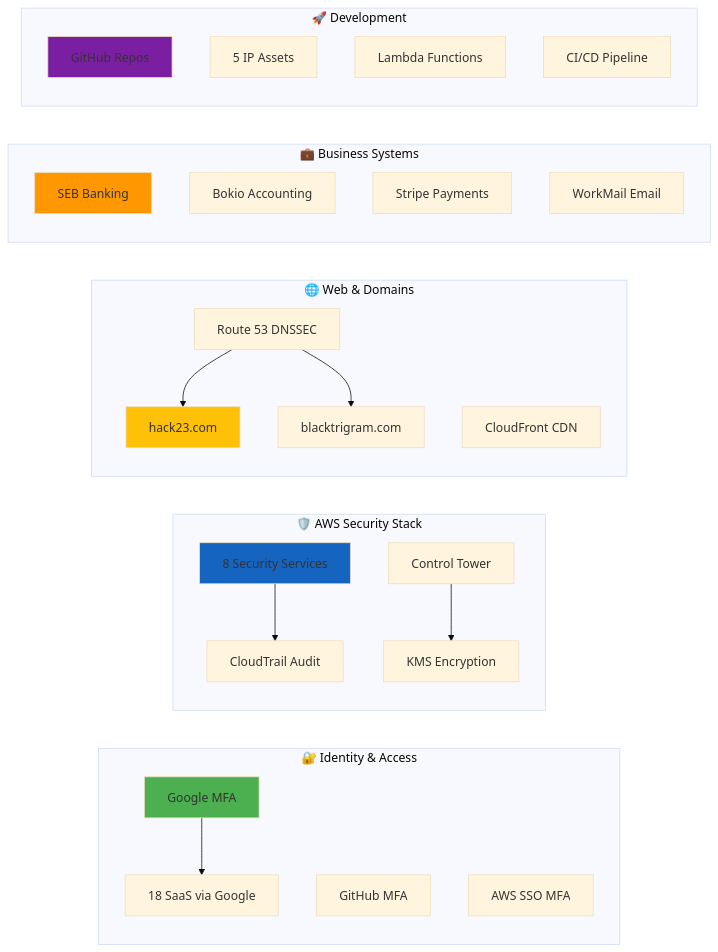
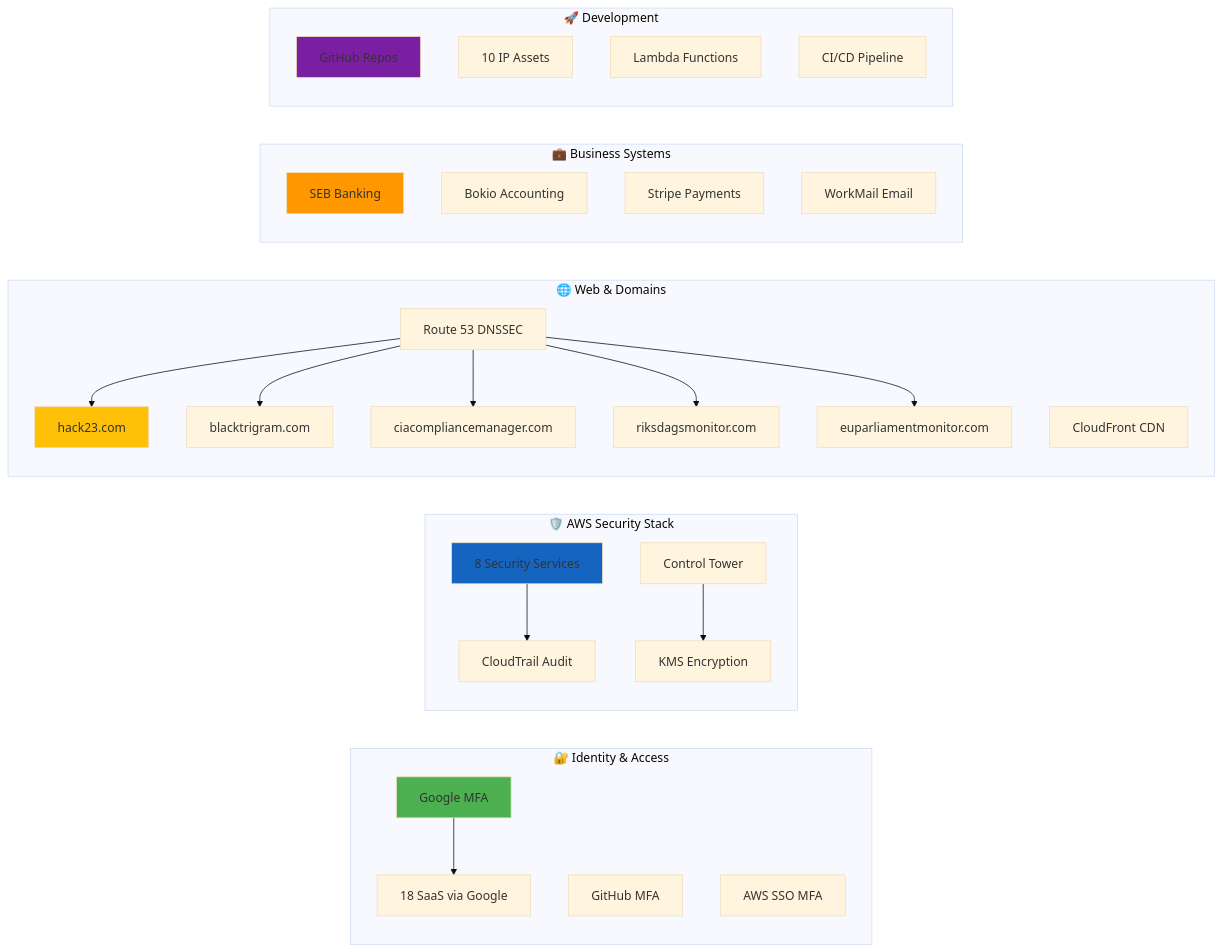
One commit to Hack23/ISMS-PUBLIC changed the eighth of 8 diagrams in Asset_Register.md. Above: the diagram before and after it, drawn with Mermaid (base theme). The commit also changed other lines of this file and 9 other files, not shown here.

````diff
--- a/Asset_Register.md
+++ b/Asset_Register.md
@@ -657,49 +664,55 @@
 ```mermaid
 graph LR
     subgraph "🔐 Identity & Access"
         ID1[Google MFA]
         ID2[GitHub MFA]
         ID3[AWS SSO MFA]
         ID4[18 SaaS via Google]
     end
     
     subgraph "🛡️ AWS Security Stack"
         SEC1[8 Security Services]
         SEC2[CloudTrail Audit]
         SEC3[Control Tower]
         SEC4[KMS Encryption]
     end
     
     subgraph "🌐 Web & Domains"
         WEB1[hack23.com]
         WEB2[blacktrigram.com]
         WEB3[Route 53 DNSSEC]
         WEB4[CloudFront CDN]
+        WEB5[ciacompliancemanager.com]
+        WEB6[riksdagsmonitor.com]
+        WEB7[euparliamentmonitor.com]
     end
     
     subgraph "💼 Business Systems"
         BUS1[SEB Banking]
         BUS2[Bokio Accounting]
         BUS3[Stripe Payments]
         BUS4[WorkMail Email]
     end
     
     subgraph "🚀 Development"
         DEV1[GitHub Repos]
-        DEV2[5 IP Assets]
+        DEV2[10 IP Assets]
         DEV3[Lambda Functions]
         DEV4[CI/CD Pipeline]
     end
     
     ID1 --> ID4
     SEC1 --> SEC2
     SEC3 --> SEC4
     WEB3 --> WEB1
     WEB3 --> WEB2
+    WEB3 --> WEB5
+    WEB3 --> WEB6
+    WEB3 --> WEB7
     
     style ID1 fill:#4CAF50
     style SEC1 fill:#1565C0
     style WEB1 fill:#FFC107
     style BUS1 fill:#FF9800
     style DEV1 fill:#7B1FA2
 ```
````
